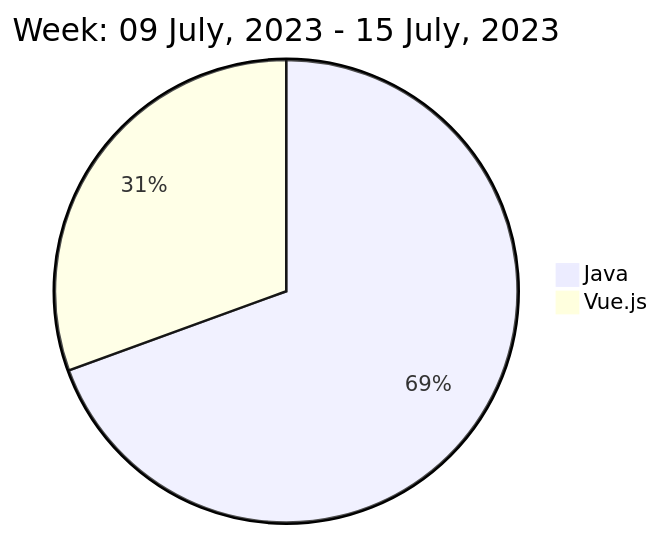
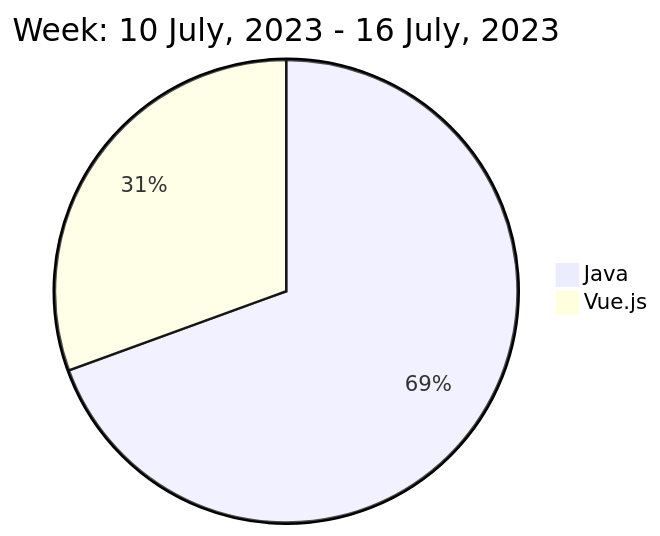
One commit to liubin95/liubin95 changed the diagram in README.md. Above: the diagram before and after it, drawn with Mermaid.

Commit message:
Updated the Graph with new Metrics

````diff
--- a/README.md
+++ b/README.md
@@ -40,6 +40,6 @@
 ```mermaid
  pie
-title Week: 09 July, 2023 - 15 July, 2023
+title Week: 10 July, 2023 - 16 July, 2023
  "Java" : 3.75
  "Vue.js" : 1.65
 ```
````
